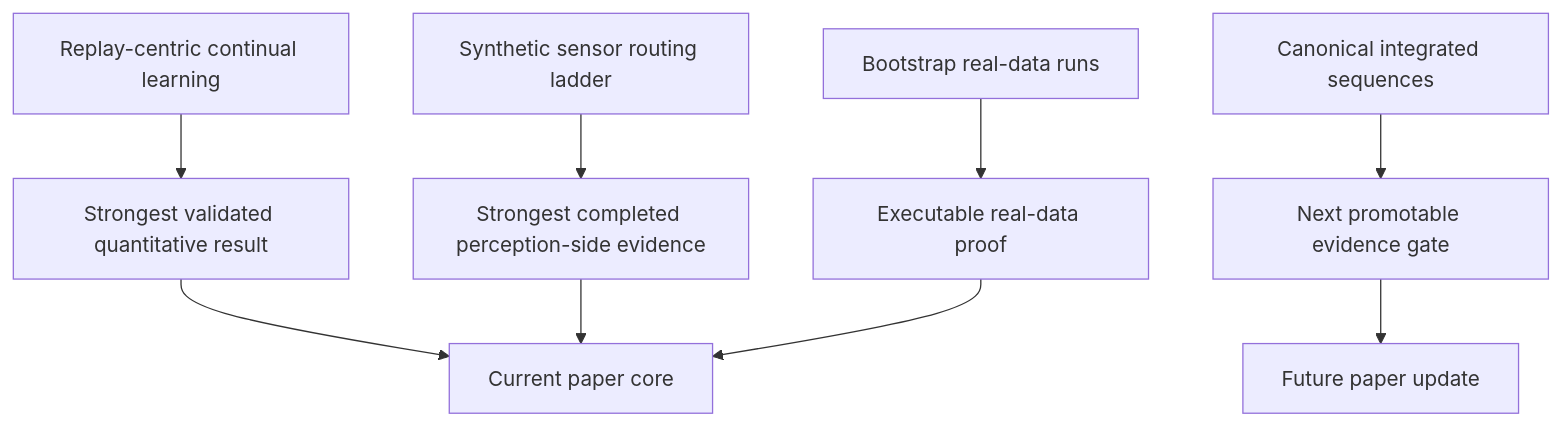
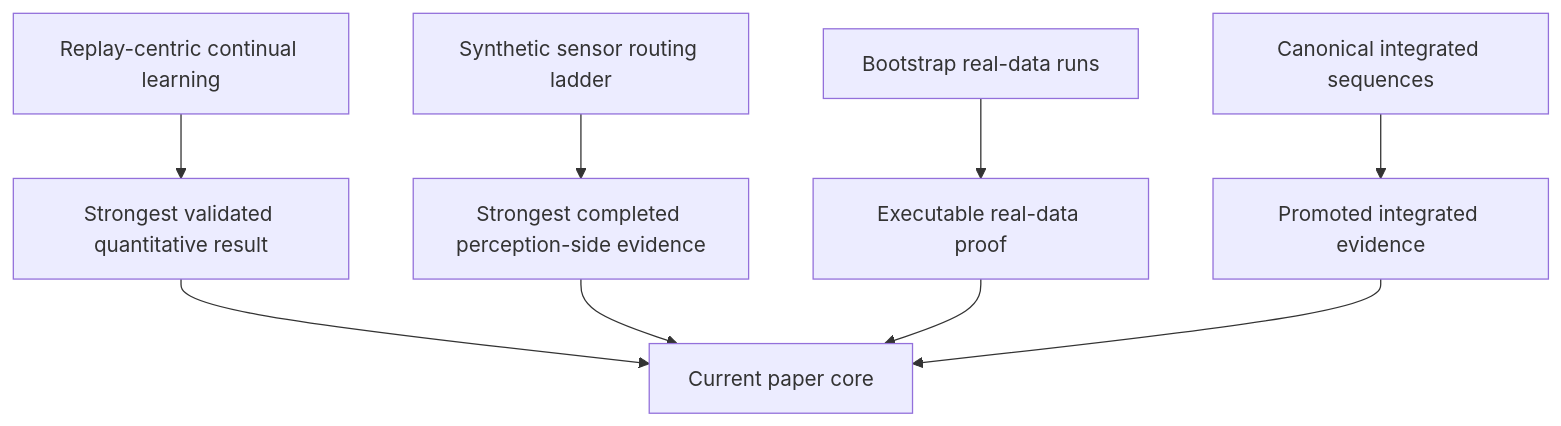
One commit to zachshallbetter/perception-is-how-we-experience changed the diagram in paper/Paper Overview.md. Above: the diagram before and after it, drawn with Mermaid. The commit also changed other lines of this file and 43 other files, not shown here.

Commit message:
docs: Update paper content, regenerate figures and results, improve orchestration service error handling, and add strategic next questions documentation.

````diff
--- a/paper/Paper Overview.md
+++ b/paper/Paper Overview.md
@@ -75,11 +75,11 @@
 ```mermaid
 flowchart TD
     A["Replay-centric continual learning"] --> B["Strongest validated quantitative result"]
     C["Synthetic sensor routing ladder"] --> D["Strongest completed perception-side evidence"]
     E["Bootstrap real-data runs"] --> F["Executable real-data proof"]
-    G["Canonical integrated sequences"] --> H["Next promotable evidence gate"]
+    G["Canonical integrated sequences"] --> H["Promoted integrated evidence"]
     B --> I["Current paper core"]
     D --> I
     F --> I
-    H --> J["Future paper update"]
+    H --> I
 ```
````
